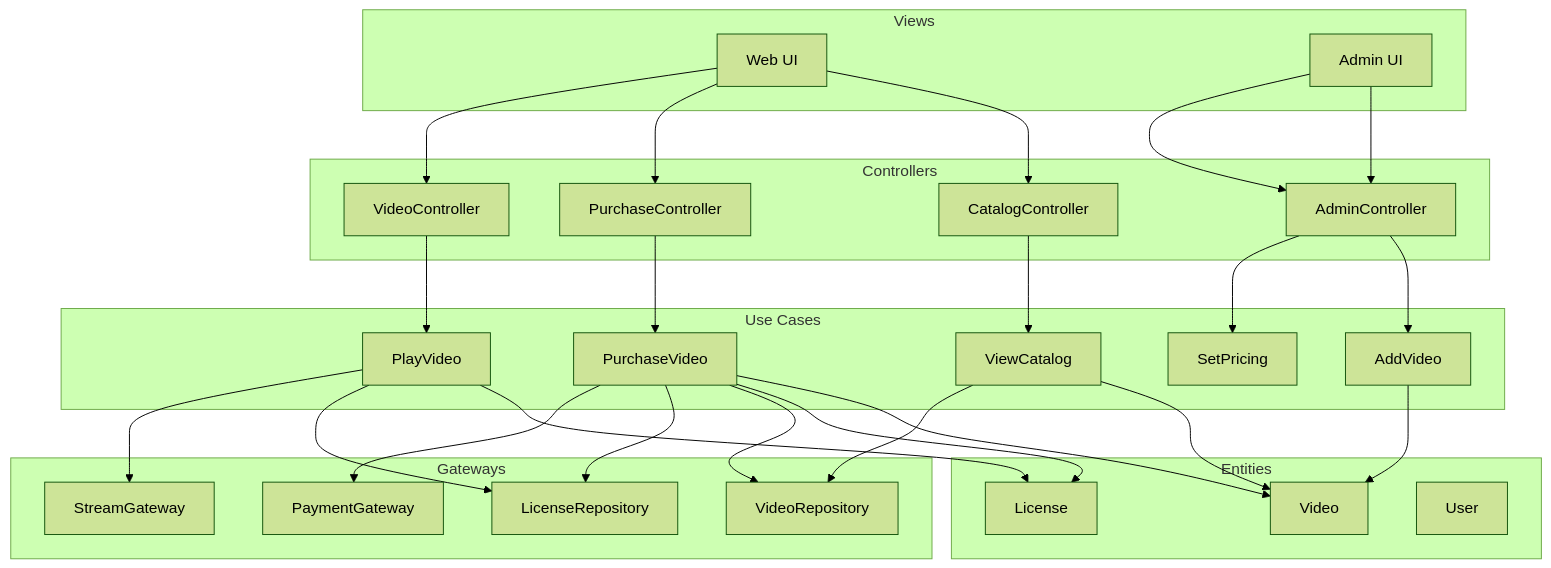
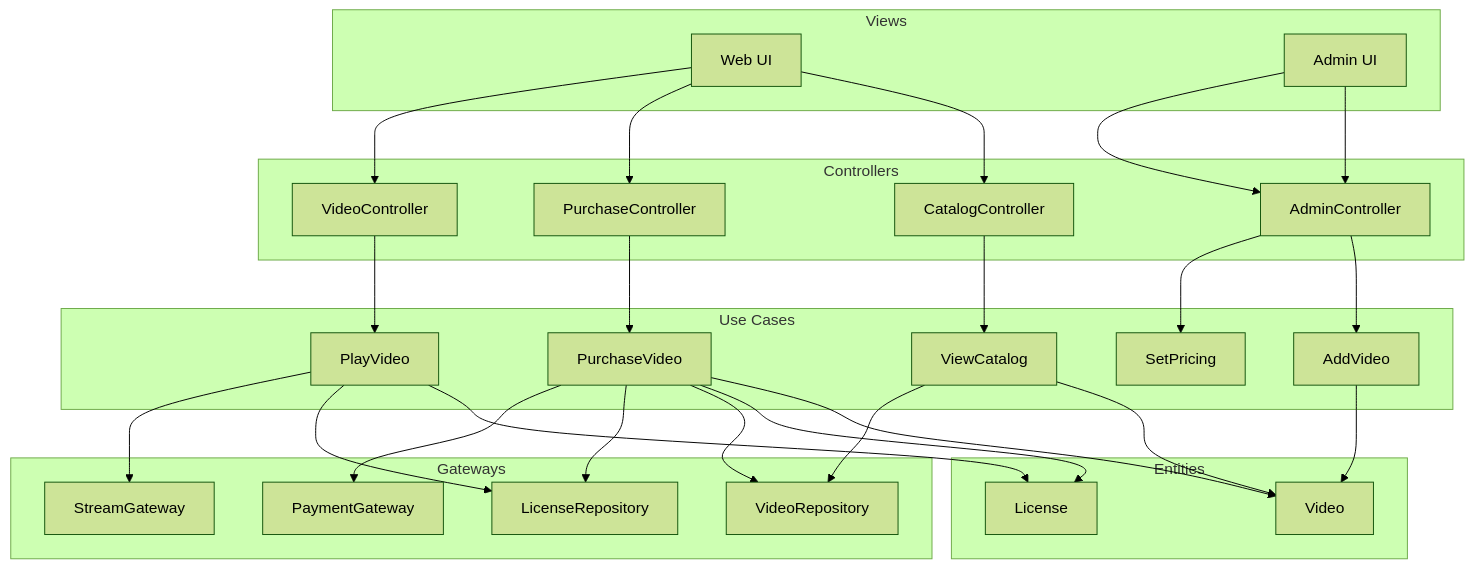
One commit to 42jerrykim/42jerrykim.github.io changed the fourth of 5 diagrams in content/collection/cleanarchitecture/44-case-study-video-sales-system/index.md. Above: the diagram before and after it, drawn with Mermaid (forest theme). The commit also changed other lines of this file, not shown here.

First line of the commit message:
fix: 44장 채점 피드백 반영 (다이어그램-코드 정합화, 문단 보강)

````diff
--- a/content/collection/cleanarchitecture/44-case-study-video-sales-system/index.md
+++ b/content/collection/cleanarchitecture/44-case-study-video-sales-system/index.md
@@ -378,54 +384,53 @@
 ```mermaid
 flowchart TB
     subgraph View [Views]
         WEB[Web UI]
         ADMIN_UI[Admin UI]
     end
     
     subgraph Controllers [Controllers]
         CAT_CTRL[CatalogController]
         PUR_CTRL[PurchaseController]
         VID_CTRL[VideoController]
         ADM_CTRL[AdminController]
     end
     
     subgraph UseCases [Use Cases]
         VIEW_CAT[ViewCatalog]
         PLAY[PlayVideo]
         PURCHASE[PurchaseVideo]
         ADD_VID[AddVideo]
         SET_PRICE[SetPricing]
     end
     
     subgraph Entities [Entities]
         VIDEO[Video]
         LICENSE[License]
-        USER[User]
     end
     
     subgraph Gateways [Gateways]
         VID_REPO[VideoRepository]
         LIC_REPO[LicenseRepository]
         PAY_GW[PaymentGateway]
         STREAM_GW[StreamGateway]
     end
     
     WEB --> CAT_CTRL --> VIEW_CAT
     WEB --> PUR_CTRL --> PURCHASE
     WEB --> VID_CTRL --> PLAY
     ADMIN_UI --> ADM_CTRL --> ADD_VID
     ADMIN_UI --> ADM_CTRL --> SET_PRICE
     
     VIEW_CAT --> VIDEO
     PLAY --> LICENSE
     PURCHASE --> VIDEO
     PURCHASE --> LICENSE
     ADD_VID --> VIDEO
     
     VIEW_CAT --> VID_REPO
     PLAY --> LIC_REPO
     PLAY --> STREAM_GW
     PURCHASE --> VID_REPO
     PURCHASE --> LIC_REPO
     PURCHASE --> PAY_GW
 ```
````
